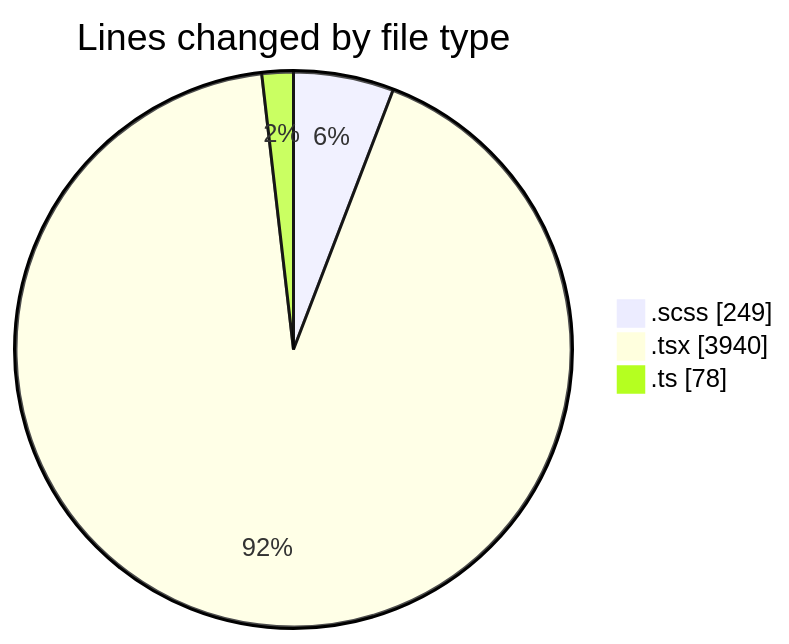
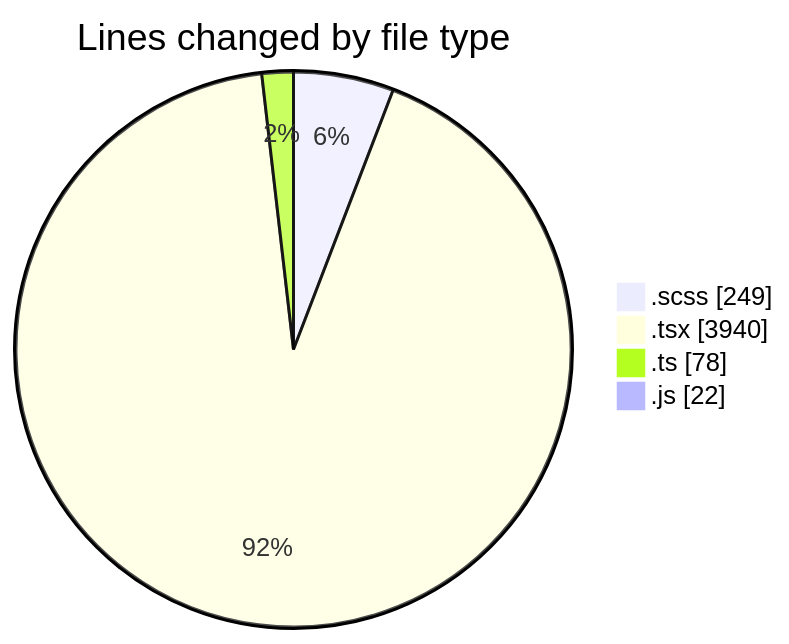
One commit to momahboobian/code-tracking changed the first of 2 diagrams in 2025-09-26/cda/README.md. Above: the diagram before and after it, drawn with Mermaid. The commit also changed other lines of this file and 1 other file, not shown here.

````diff
--- a/2025-09-26/cda/README.md
+++ b/2025-09-26/cda/README.md
@@ -25,7 +26,8 @@
 ```mermaid
 pie showData
 title Lines changed by file type
 ".scss" : 249
 ".tsx" : 3940
 ".ts" : 78
+".js" : 22
 ```
````
